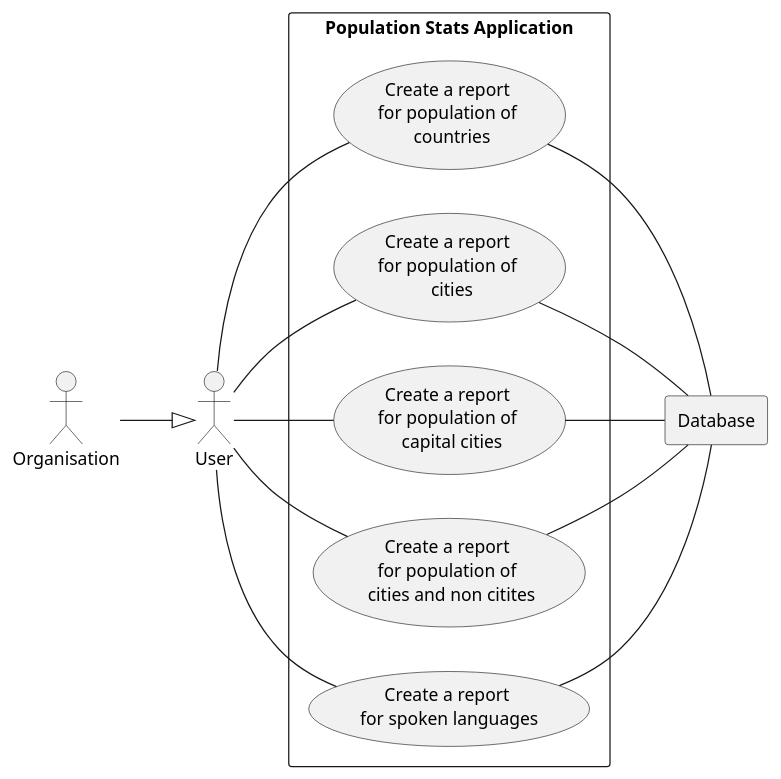
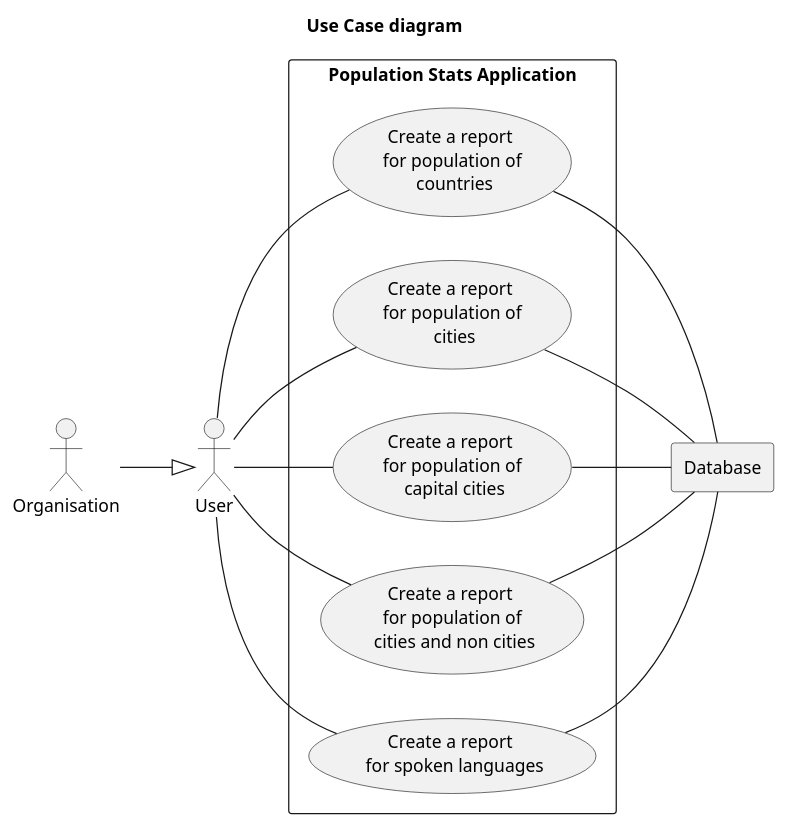
The diagram in use-cases/PopulationStats-UseCase.puml (jan-pfr/sem-group8), drawn with PlantUML before and after one commit.

Commit message:
Corrected spelling

```diff
--- a/use-cases/PopulationStats-UseCase.puml
+++ b/use-cases/PopulationStats-UseCase.puml
@@ -1,37 +1,42 @@
 @startuml
 
 left to right direction
+
+Title Use Case diagram
+
+' ======= the actors =========
+
 actor User as "User"
 
 Organisation --|> User
 
 rectangle DB as "Database"
 
 rectangle "Population Stats Application" {
 
 
     ' ====== the use cases =========
 
-    usecase UC1 as "Create a report \nfor population of \n countries"
-    usecase UC2 as "Create a report \nfor population of \n cities"
-    usecase UC3 as "Create a report \nfor population of \n capital cities"
-    usecase UC4 as "Create a report \nfor population of \n cities and non citites"
-    usecase UC5 as "Create a report \nfor spoken languages"
+    usecase UC1 as "Create a report \n for population of \n countries"
+    usecase UC2 as "Create a report \n for population of \n cities"
+    usecase UC3 as "Create a report \n for population of \n capital cities"
+    usecase UC4 as "Create a report \n for population of \n cities and non cities"
+    usecase UC5 as "Create a report \n for spoken languages"
 
 
     User -- UC5
     User -- UC4
     User -- UC3
     User -- UC2
     User -- UC1
 
     UC1 -- DB
     UC2 -- DB
     UC3 -- DB
     UC4 -- DB
     UC5 -- DB
 
 
 }
 
 @enduml
```
